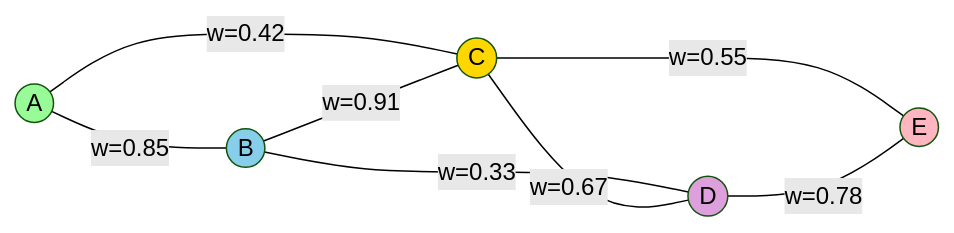
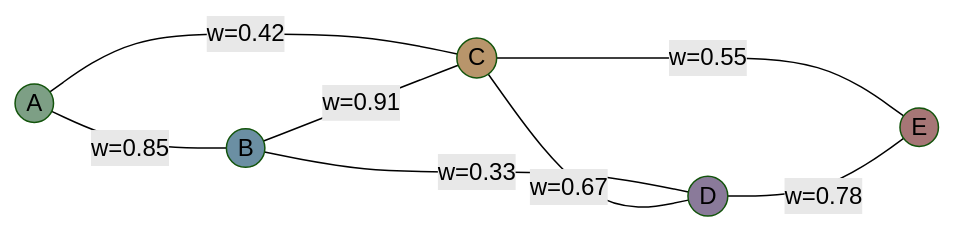
Before and after one commit to ScopeCreep-zip/Symbiont: the first of 16 diagrams in docs/architecture/network.md, drawn with Mermaid (forest theme). The commit also changed other lines of this file and 17 other files, not shown here.

Commit message:
update to diagram colors

````diff
--- a/docs/architecture/network.md
+++ b/docs/architecture/network.md
@@ -34,16 +34,16 @@
 ```mermaid
 graph LR
     A((A)) ---|w=0.85| B((B))
     A ---|w=0.42| C((C))
     B ---|w=0.91| C
     B ---|w=0.33| D((D))
     C ---|w=0.67| D
     C ---|w=0.55| E((E))
     D ---|w=0.78| E
 
-    style A fill:#98FB98
-    style B fill:#87CEEB
-    style C fill:#FFD700
-    style D fill:#DDA0DD
-    style E fill:#FFB6C1
+    style A fill:#7d9f85
+    style B fill:#6b8fa3
+    style C fill:#b8956b
+    style D fill:#8a7a9a
+    style E fill:#a67676
 ```
````
